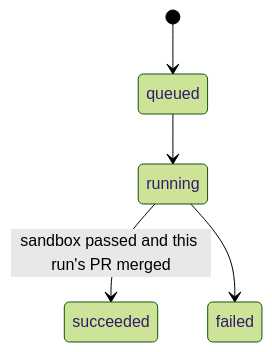
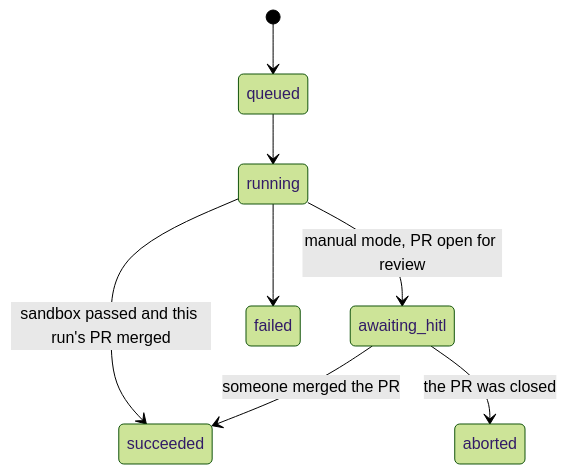
One commit to RajKachhadiya-10/adamant changed the third of 6 diagrams in docs/backend-architecture.md. Above: the diagram before and after it, drawn with Mermaid (forest theme). The commit also changed other lines of this file and 95 other files, not shown here.

````diff
--- a/docs/backend-architecture.md
+++ b/docs/backend-architecture.md
@@ -246,7 +368,10 @@
 ```mermaid
 stateDiagram-v2
   [*] --> queued
   queued --> running
   running --> succeeded: sandbox passed and this run's PR merged
+  running --> awaiting_hitl: manual mode, PR open for review
+  awaiting_hitl --> succeeded: someone merged the PR
+  awaiting_hitl --> aborted: the PR was closed
   running --> failed
 ```
````
